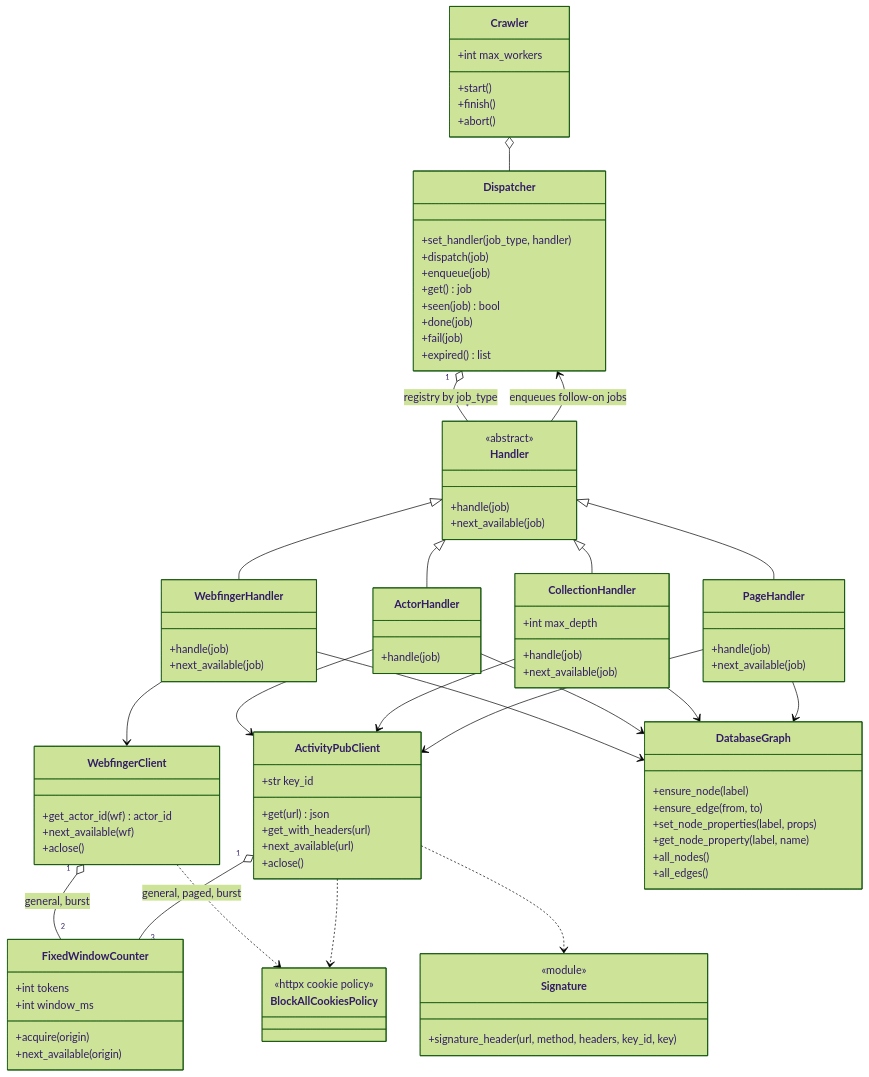
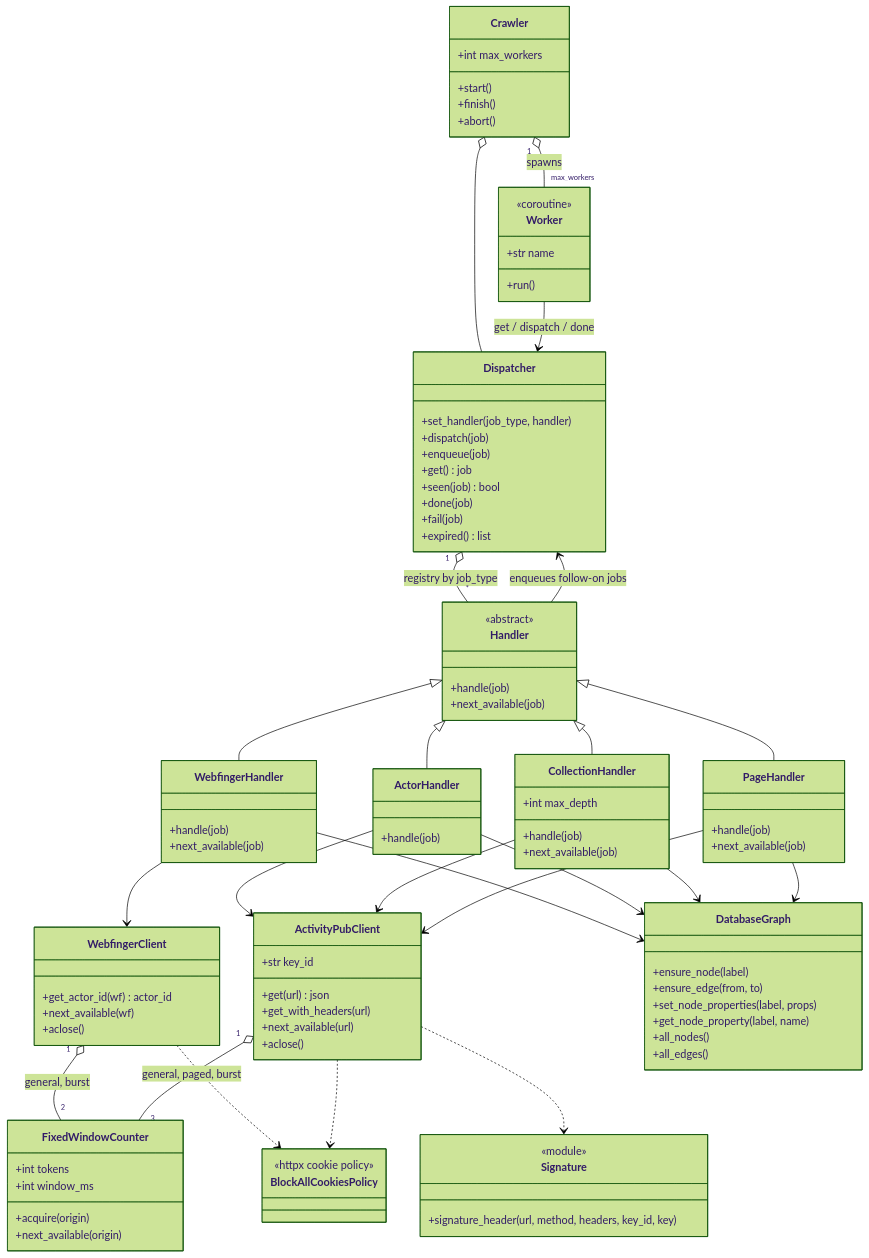
Before and after one commit to pub-crawler/pub-crawler: the second of 3 diagrams in pub-crawler/docs/architecture.md, drawn with Mermaid (forest theme).

Commit message:
doc: add worker to architecture.md

```diff
--- a/pub-crawler/docs/architecture.md
+++ b/pub-crawler/docs/architecture.md
@@ -68,6 +68,11 @@
         +start()
         +finish()
         +abort()
+    }
+    class Worker {
+        <<coroutine>>
+        +str name
+        +run()
     }
     class Dispatcher {
         +set_handler(job_type, handler)
@@ -135,6 +140,8 @@
     }
 
     Crawler o-- Dispatcher
+    Crawler "1" o-- "max_workers" Worker : spawns
+    Worker --> Dispatcher : get / dispatch / done
     Dispatcher "1" o-- "*" Handler : registry by job_type
     Handler <|-- WebfingerHandler
     Handler <|-- ActorHandler
```
